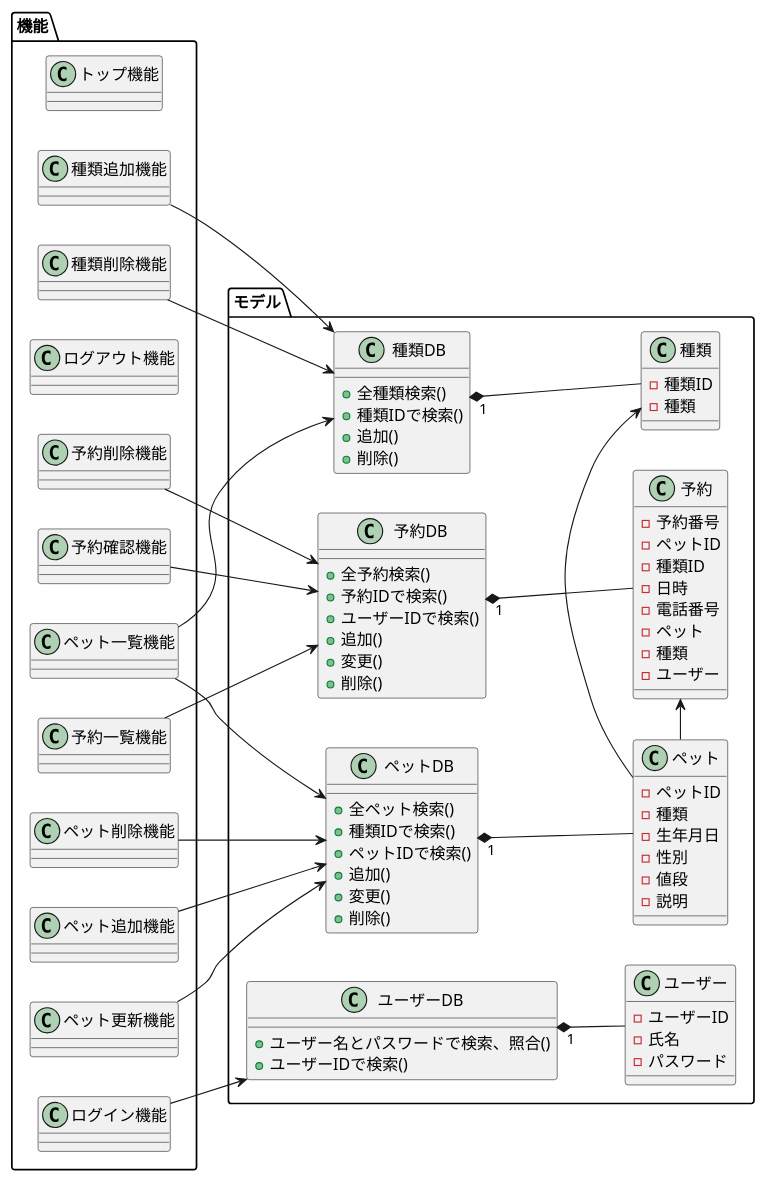
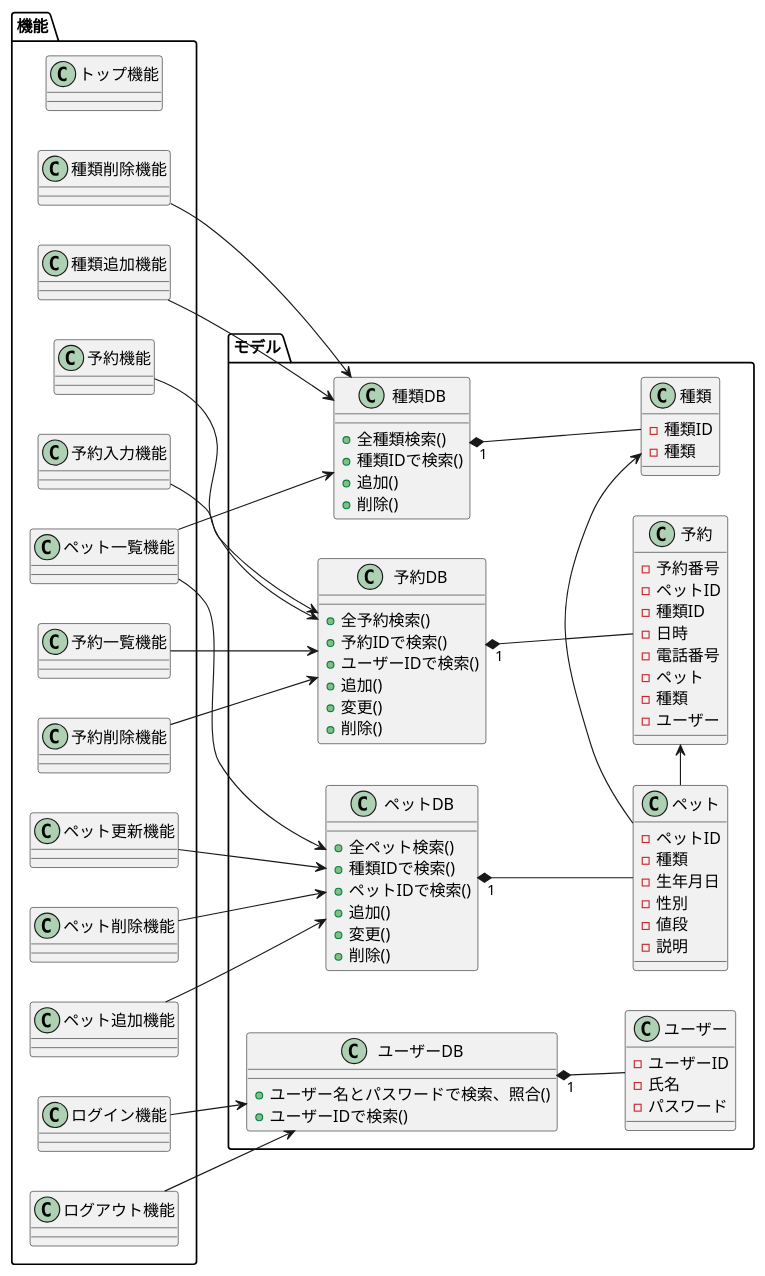
The diagram in UML/class.pu (Tyamanaka07/WebSystem), drawn with PlantUML before and after one commit. The commit also changed 3 other files, not shown here.

```diff
--- a/UML/class.pu
+++ b/UML/class.pu
@@ -1,102 +1,105 @@
 @startuml
 left to right direction
 
 package モデル{
 class ペット{
 	-ペットID
 	-種類
 	-生年月日
 	-性別
 	-値段
 	-説明
 }
 
 class 種類{
 	-種類ID
 	-種類
 }
 
 class ユーザー{
 	-ユーザーID
 	-氏名
 	-パスワード
 }
 
 class 予約{
 	-予約番号
 	-ペットID
 	-種類ID
 	-日時
 	-電話番号
 	-ペット
 	-種類
 	-ユーザー
 }
 
 class ペットDB{
 	+全ペット検索()
 	+種類IDで検索()
 	+ペットIDで検索()
 	+追加()
 	+変更()
 	+削除()
 }
 
 class 種類DB{
 	+全種類検索()
 	+種類IDで検索()
 	+追加()
 	+削除()
 }
 
 class ユーザーDB{
 	+ユーザー名とパスワードで検索、照合()
 	+ユーザーIDで検索()
 }
 
 class 予約DB{
 	+全予約検索()
 	+予約IDで検索()
 	+ユーザーIDで検索()
 	+追加()
 	+変更()
 	+削除()
 }
 }
 
 package 機能{
 class トップ機能
 class ペット一覧機能
 class ログイン機能
 class ログアウト機能
 class ペット追加機能
 class ペット更新機能
 class ペット削除機能
 class 種類追加機能
 class 種類削除機能
-class 予約確認機能
+class 予約機能
+class 予約入力機能
 class 予約一覧機能
 class 予約削除機能
 
 }
 
 ペットDB "1" *-- ペット
 種類DB "1" *-- 種類
 ユーザーDB "1" *-- ユーザー
 予約DB "1" *-- 予約
 ペット -> 種類
 ペット -> 予約
 
 ペット一覧機能-->種類DB
 ペット一覧機能-->ペットDB
 ログイン機能-->ユーザーDB
+ログアウト機能-->ユーザーDB
 ペット追加機能-->ペットDB
 ペット更新機能-->ペットDB
 種類追加機能-->種類DB
 種類削除機能-->種類DB
 ペット削除機能-->ペットDB
-予約確認機能-->予約DB
+予約入力機能-->予約DB
 予約一覧機能-->予約DB
 予約削除機能-->予約DB
+予約機能-->予約DB
 
 @enduml
```
